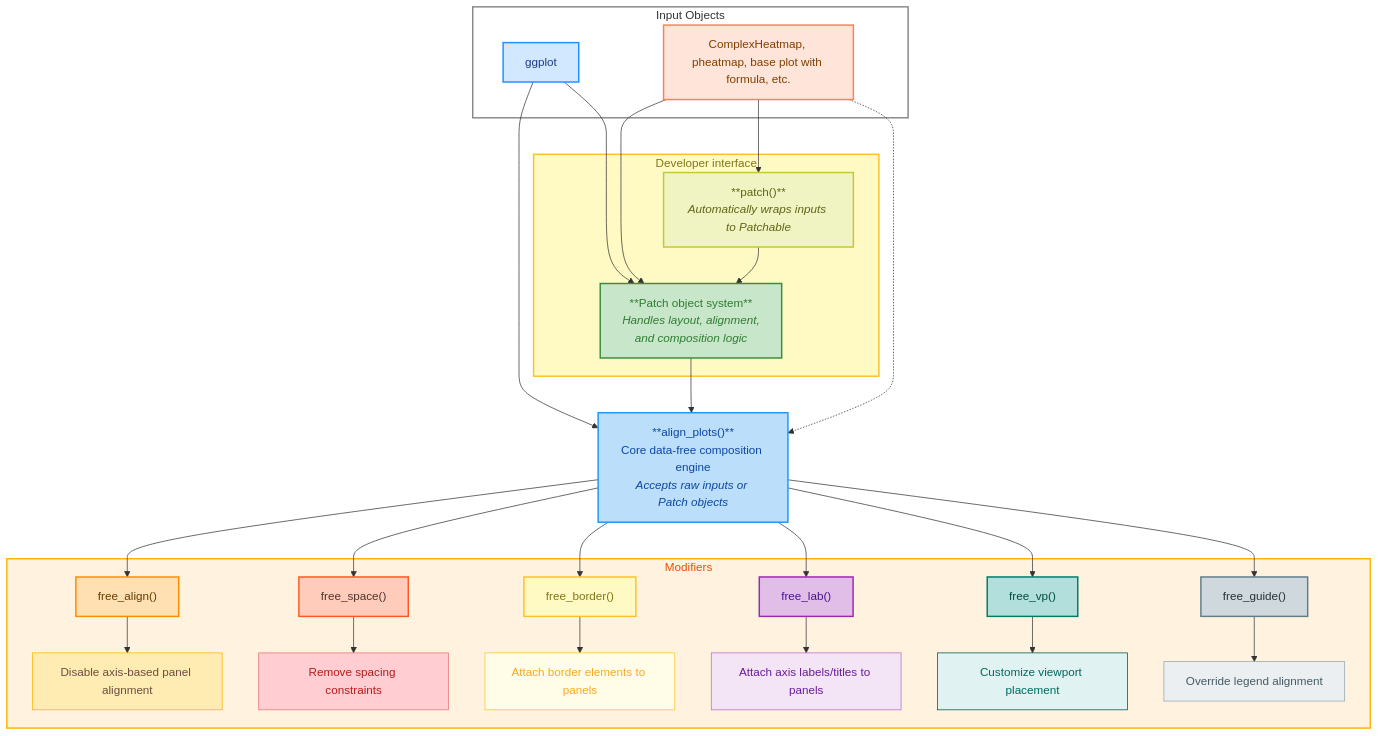
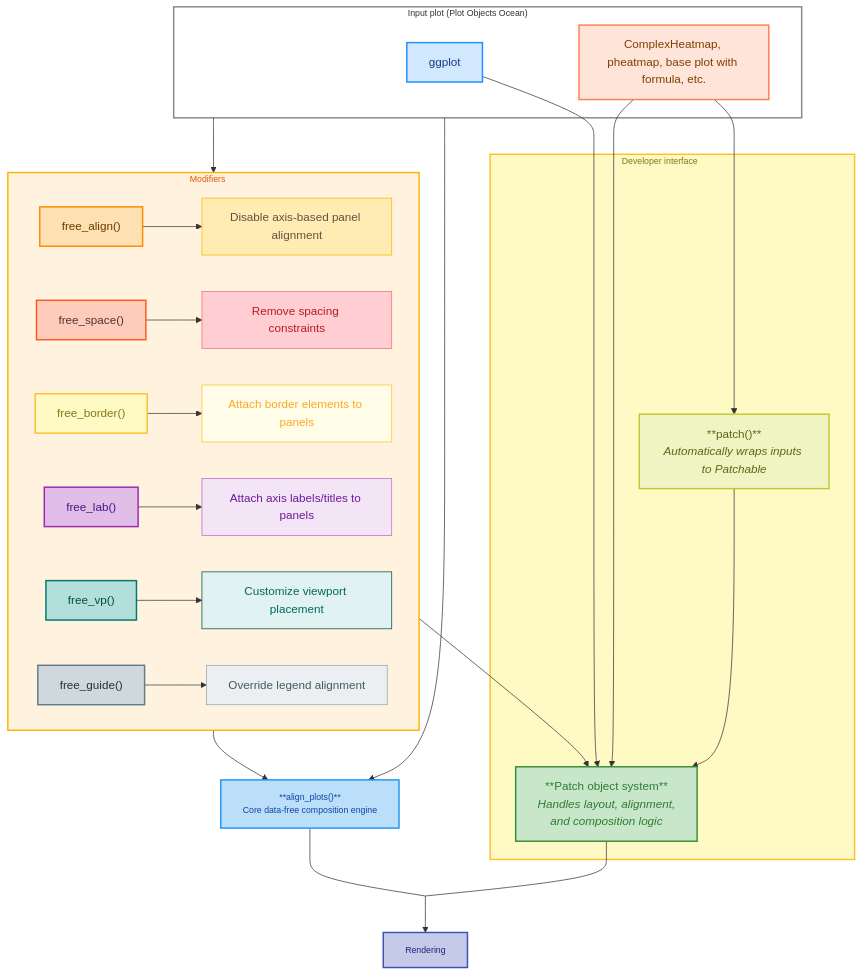
The first of 2 diagrams in introduction.qmd (Yunuuuu/ggalign-book), drawn with Mermaid before and after one commit.

````diff
--- a/introduction.qmd
+++ b/introduction.qmd
@@ -80,22 +80,14 @@
 ```{mermaid}
-graph TD
-    %% Input objects
-    subgraph InputObjects["Input Objects"]
+flowchart TD
+ subgraph InputObjects["Input plot (Plot Objects Ocean)"]
         G["ggplot"]
         H["ComplexHeatmap, pheatmap, base plot with formula, etc."]
-    end
-
-    %% Internal automatic processing
-    subgraph Internal["Developer interface"]
-        PatchFn["**patch()**<br/><i>Automatically wraps inputs to Patchable</i>"]
-        Patch["**Patch object system**<br/><i>Handles layout, alignment,<br/>and composition logic</i>"]
-    end
-
-    %% Core engine
-    Align["**align_plots()**<br/>Core data-free composition engine<br/><i>Accepts raw inputs or Patch objects</i>"]
-
-    %% Layout modifiers
-    subgraph Modifiers
+  end
+ subgraph Internal["Developer interface"]
+        PatchFn["**patch()**<br><i>Automatically wraps inputs to Patchable</i>"]
+        Patch["**Patch object system**<br><i>Handles layout, alignment,<br>and composition logic</i>"]
+  end
+ subgraph Modifiers["Modifiers"]
         F1["free_align()"]
         F1Desc["Disable axis-based panel alignment"]
         F2["free_space()"]
@@ -108,58 +100,43 @@
         F5Desc["Customize viewport placement"]
         F6["free_guide()"]
         F6Desc["Override legend alignment"]
-    end
-
-    %% Flow of data
-    G --> Align
-    H --> PatchFn
+  end
+    H --> PatchFn & Patch
     G --> Patch
-    H --> Patch
+    InputObjects --> Align["**align_plots()**<br>Core data-free composition engine<br>"] & Modifiers
+    Modifiers --> Align & Patch
     PatchFn --> Patch
-    Patch --> Align
-
-    %% Dashed arrow: inputs can also be passed directly to align_plots()
-    H -.-> Align
-
-    Align --> F1
-    Align --> F2
-    Align --> F3
-    Align --> F4
-    Align --> F5
-    Align --> F6
-
     F1 --> F1Desc
     F2 --> F2Desc
     F3 --> F3Desc
     F4 --> F4Desc
     F5 --> F5Desc
     F6 --> F6Desc
+    Patch --- D[" "]
+    Align --- D
+    D --> Render["Rendering"]
 
-    %% Styling
-    style InputObjects fill:none,stroke:#888888,stroke-width:2px
-    style Internal fill:#FFF9C4,stroke:#FBC02D,stroke-width:2px,color:#827717
+     D:::empty
+    classDef empty width:0px,height:0px
     style G fill:#D1E8FF,stroke:#1E90FF,stroke-width:2px,color:#1E3A8A
     style H fill:#FFE5D9,stroke:#FF7F50,stroke-width:2px,color:#7F3F00
     style PatchFn fill:#F0F4C3,stroke:#C0CA33,stroke-width:2px,color:#616515
     style Patch fill:#C8E6C9,stroke:#388E3C,stroke-width:2px,color:#2E7D32
-    style Align fill:#BBDEFB,stroke:#2196F3,stroke-width:2px,color:#0D47A1
-    style Modifiers fill:#FFF3E0,stroke:#FFB300,stroke-width:2px,color:#E65100
-
     style F1 fill:#FFE0B2,stroke:#FB8C00,stroke-width:2px,color:#663C00
     style F1Desc fill:#FFECB3,stroke:#FFB300,stroke-width:1px,color:#6D4C41
-
     style F2 fill:#FFCCBC,stroke:#FF5722,stroke-width:2px,color:#4E342E
     style F2Desc fill:#FFCDD2,stroke:#E57373,stroke-width:1px,color:#B71C1C
-
     style F3 fill:#FFF9C4,stroke:#FBC02D,stroke-width:2px,color:#827717
     style F3Desc fill:#FFFDE7,stroke:#FBC02D,stroke-width:1px,color:#F9A825
-
     style F4 fill:#E1BEE7,stroke:#9C27B0,stroke-width:2px,color:#4A148C
     style F4Desc fill:#F3E5F5,stroke:#BA68C8,stroke-width:1px,color:#6A1B9A
-
     style F5 fill:#B2DFDB,stroke:#00796B,stroke-width:2px,color:#004D40
     style F5Desc fill:#E0F2F1,stroke:#004D40,stroke-width:1px,color:#00695C
-
     style F6 fill:#CFD8DC,stroke:#607D8B,stroke-width:2px,color:#263238
     style F6Desc fill:#ECEFF1,stroke:#90A4AE,stroke-width:1px,color:#455A64
+    style InputObjects fill:none,stroke:#888888,stroke-width:2px,font-size:12px
+    style Align fill:#BBDEFB,stroke:#2196F3,stroke-width:2px,color:#0D47A1,font-size:12px
+    style Modifiers fill:#FFF3E0,stroke:#FFB300,stroke-width:2px,color:#E65100,font-size:12px
+    style Render fill:#C5CAE9,stroke:#3F51B5,stroke-width:2px,color:#1A237E,font-size:12px
+    style Internal fill:#FFF9C4,stroke:#FBC02D,stroke-width:2px,color:#827717,font-size:12px
 ```
````
